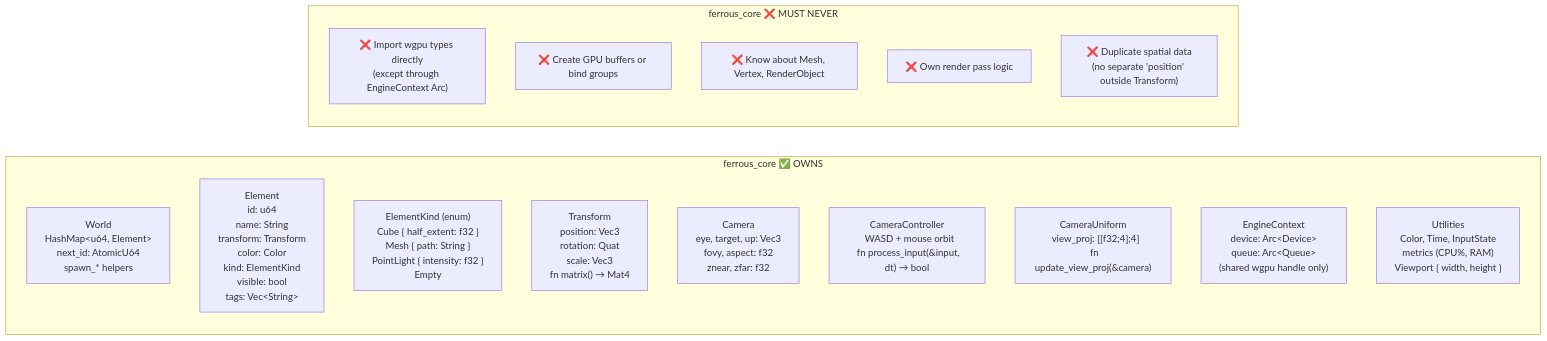
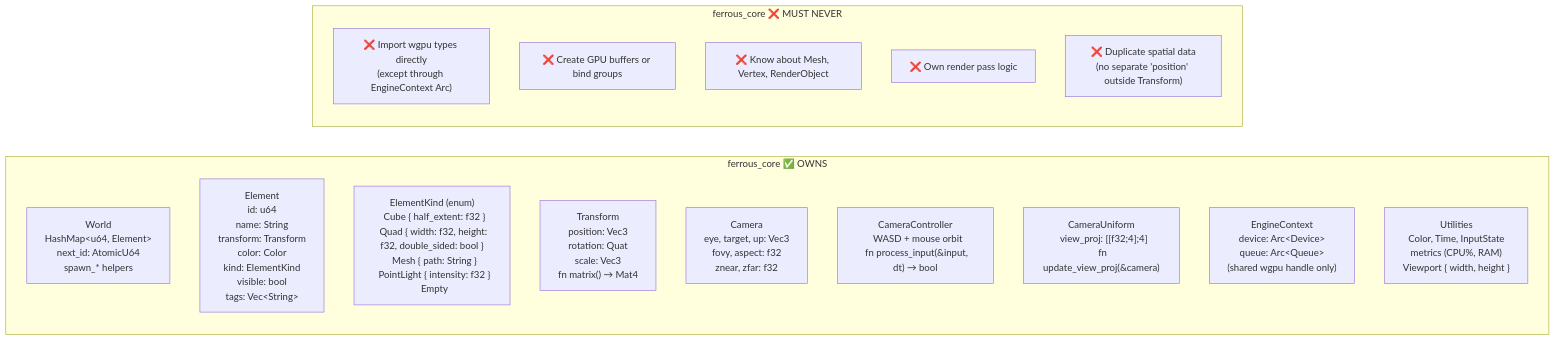
One commit to jvchiappini/FerrousEngine changed the first of 7 diagrams in flowmaps/crate-responsibilities.md. Above: the diagram before and after it, drawn with Mermaid. The commit also changed other lines of this file and 18 other files, not shown here.

Commit message:
feat: add support for Quad element in world rendering, including spawning and rendering logic

````diff
--- a/flowmaps/crate-responsibilities.md
+++ b/flowmaps/crate-responsibilities.md
@@ -9,22 +9,22 @@
 ```mermaid
 graph LR
     subgraph "ferrous_core  ✅ OWNS"
         C1["World\n  HashMap&lt;u64, Element&gt;\n  next_id: AtomicU64\n  spawn_* helpers"]
         C2["Element\n  id: u64\n  name: String\n  transform: Transform\n  color: Color\n  kind: ElementKind\n  visible: bool\n  tags: Vec&lt;String&gt;"]
-        C3["ElementKind (enum)\n  Cube { half_extent: f32 }\n  Mesh { path: String }\n  PointLight { intensity: f32 }\n  Empty"]
+        C3["ElementKind (enum)\n  Cube { half_extent: f32 }\n  Quad { width: f32, height: f32, double_sided: bool }\n  Mesh { path: String }\n  PointLight { intensity: f32 }\n  Empty"]
         C4["Transform\n  position: Vec3\n  rotation: Quat\n  scale: Vec3\n  fn matrix() → Mat4"]
         C5["Camera\n  eye, target, up: Vec3\n  fovy, aspect: f32\n  znear, zfar: f32"]
         C6["CameraController\n  WASD + mouse orbit\n  fn process_input(&input, dt) → bool"]
         C7["CameraUniform\n  view_proj: [[f32;4];4]\n  fn update_view_proj(&camera)"]
         C8["EngineContext\n  device: Arc&lt;Device&gt;\n  queue: Arc&lt;Queue&gt;\n  (shared wgpu handle only)"]
         C9["Utilities\n  Color, Time, InputState\n  metrics (CPU%, RAM)\n  Viewport { width, height }"]
     end
 
     subgraph "ferrous_core  ❌ MUST NEVER"
         X1["❌ Import wgpu types directly\n(except through EngineContext Arc)"]
         X2["❌ Create GPU buffers or bind groups"]
         X3["❌ Know about Mesh, Vertex, RenderObject"]
         X4["❌ Own render pass logic"]
         X5["❌ Duplicate spatial data\n(no separate 'position' outside Transform)"]
     end
 ```
````
